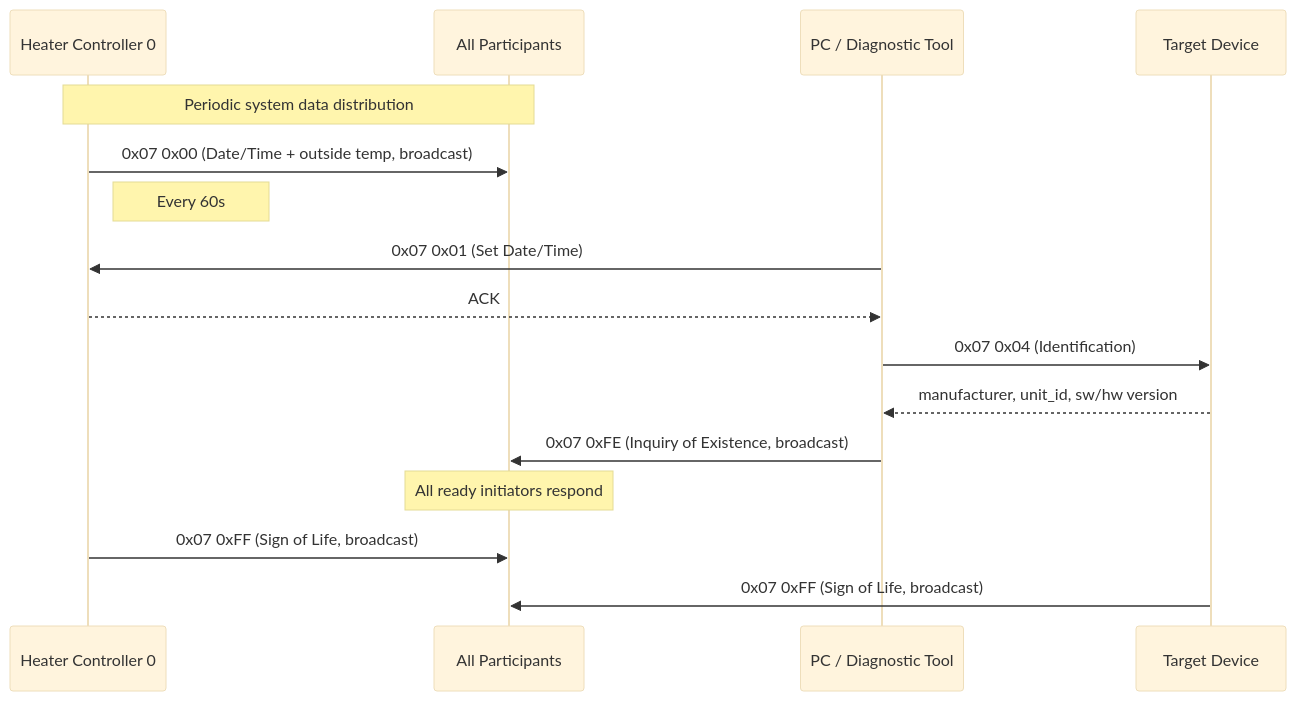
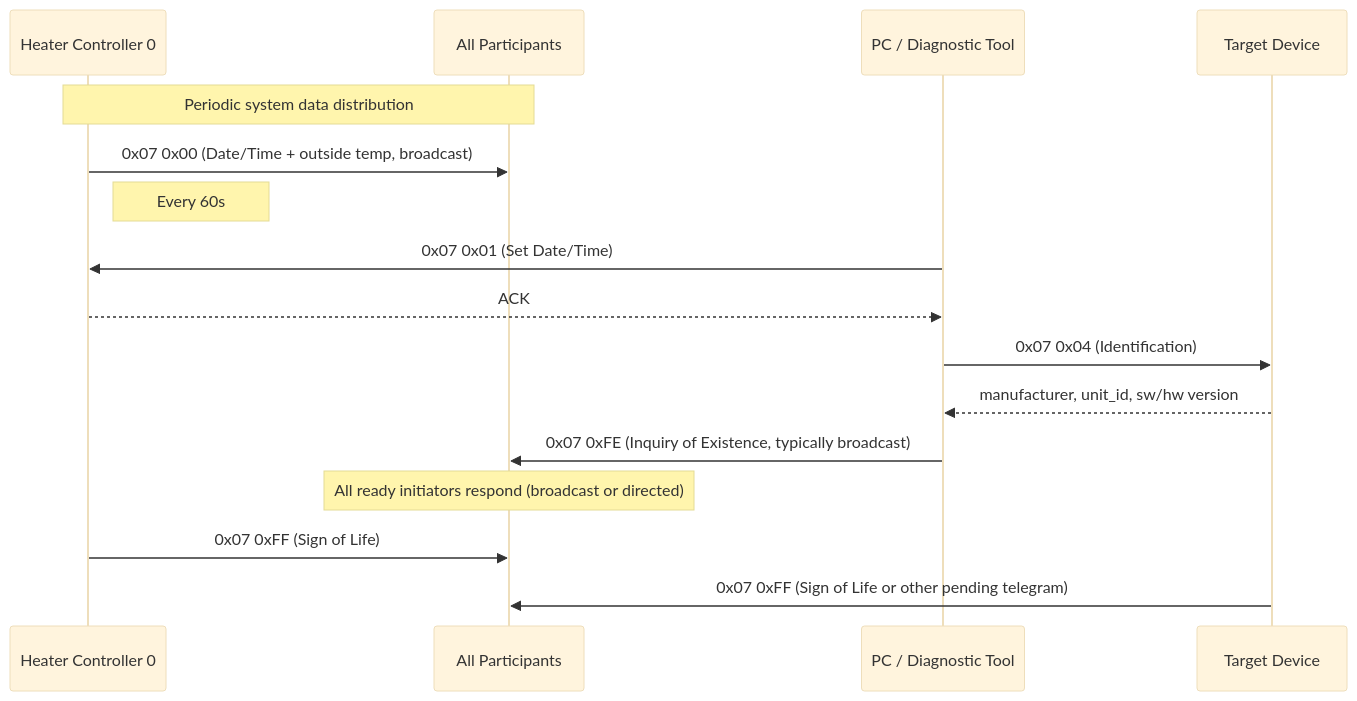
One commit to Project-Helianthus/helianthus-docs-ebus changed the diagram in protocols/ebus-service-07h.md. Above: the diagram before and after it, drawn with Mermaid (base theme). The commit also changed other lines of this file and 6 other files, not shown here.

````diff
--- a/protocols/ebus-service-07h.md
+++ b/protocols/ebus-service-07h.md
@@ -182,23 +182,23 @@
 ```mermaid
 sequenceDiagram
     participant C0 as Heater Controller 0
     participant All as All Participants
     participant PC as PC / Diagnostic Tool
     participant Dev as Target Device
 
     Note over C0,All: Periodic system data distribution
 
     C0->>All: 0x07 0x00 (Date/Time + outside temp, broadcast)
     Note right of C0: Every 60s
 
     PC->>C0: 0x07 0x01 (Set Date/Time)
     C0-->>PC: ACK
 
     PC->>Dev: 0x07 0x04 (Identification)
     Dev-->>PC: manufacturer, unit_id, sw/hw version
 
-    PC->>All: 0x07 0xFE (Inquiry of Existence, broadcast)
-    Note over All: All ready initiators respond
-    C0->>All: 0x07 0xFF (Sign of Life, broadcast)
-    Dev->>All: 0x07 0xFF (Sign of Life, broadcast)
+    PC->>All: 0x07 0xFE (Inquiry of Existence, typically broadcast)
+    Note over All: All ready initiators respond (broadcast or directed)
+    C0->>All: 0x07 0xFF (Sign of Life)
+    Dev->>All: 0x07 0xFF (Sign of Life or other pending telegram)
 ```
````
